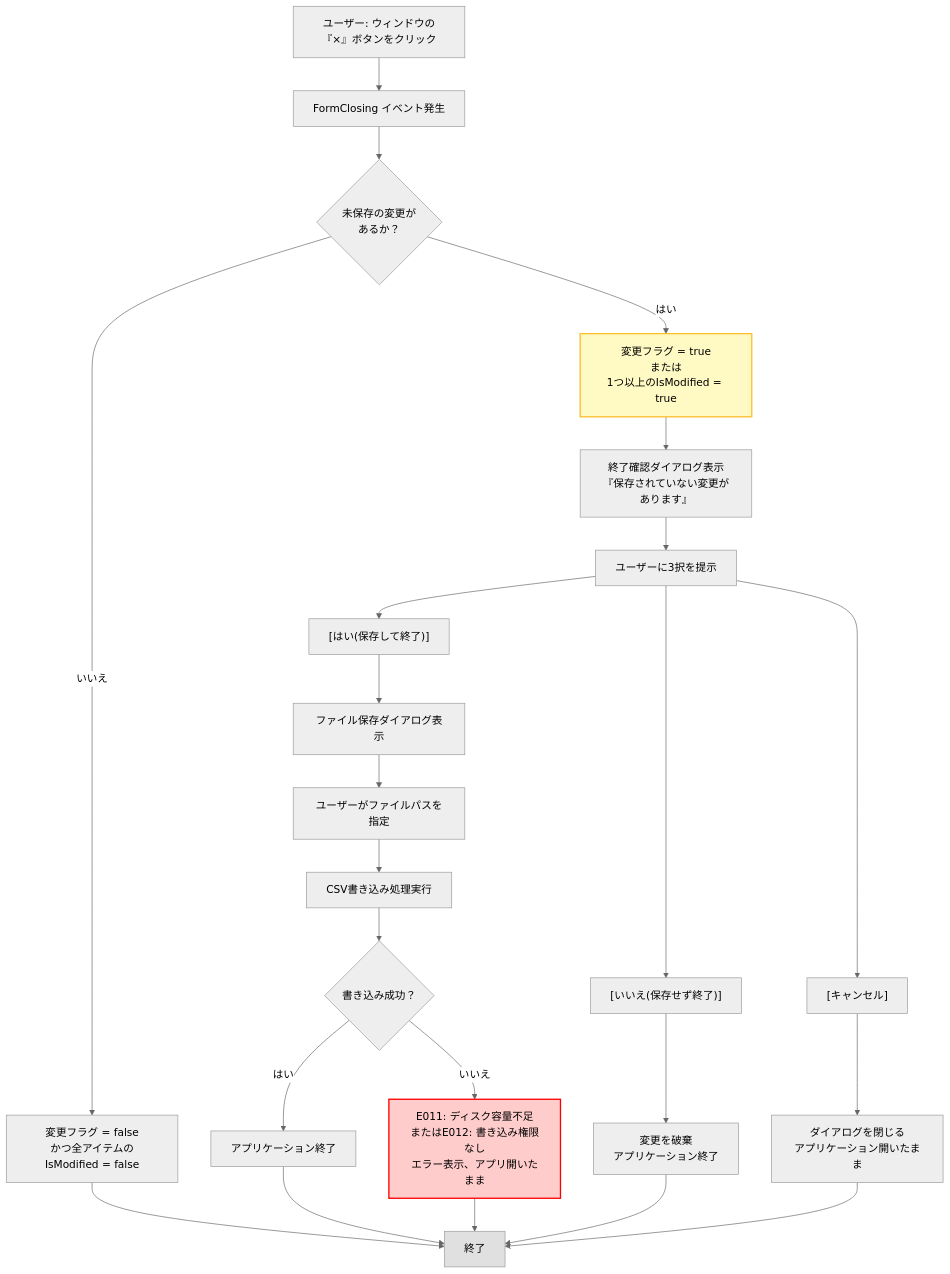
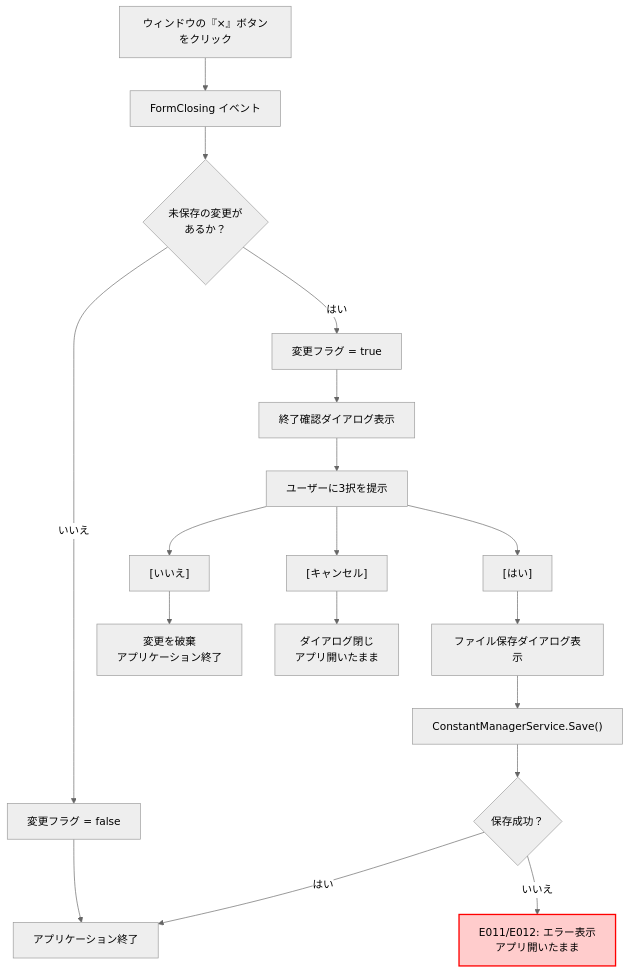
One commit to r-kuriki/handson-practice-2026-4-3days changed the third of 6 diagrams in docs/specifications/internal_spec.md. Above: the diagram before and after it, drawn with Mermaid (neutral theme). The commit also changed other lines of this file and 14 other files, not shown here.

````diff
--- a/docs/specifications/internal_spec.md
+++ b/docs/specifications/internal_spec.md
@@ -288,45 +394,37 @@
 ```mermaid
 flowchart TD
-    A["ユーザー: ウィンドウの『×』ボタンをクリック"]
-    B["FormClosing イベント発生"]
+    A["ウィンドウの『×』ボタンをクリック"]
+    B["FormClosing イベント"]
     C{"未保存の変更が<br/>あるか？"}
-    C_NO["変更フラグ = false<br/>かつ全アイテムのIsModified = false"]
-    C_YES["変更フラグ = true<br/>または<br/>1つ以上のIsModified = true"]
-    D["終了確認ダイアログ表示<br/>『保存されていない変更があります』"]
+    C_NO["変更フラグ = false"]
+    C_YES["変更フラグ = true"]
+    D["終了確認ダイアログ表示"]
     E["ユーザーに3択を提示"]
-    E1["[はい(保存して終了)]"]
-    E2["[いいえ(保存せず終了)]"]
-    E3["[キャンセル]"]
-    F["ファイル保存ダイアログ表示"]
-    G["ユーザーがファイルパスを指定"]
-    H["CSV書き込み処理実行"]
-    H1{"書き込み成功？"}
-    H1_YES["アプリケーション終了"]
-    H1_NO["E011: ディスク容量不足<br/>またはE012: 書き込み権限なし<br/>エラー表示、アプリ開いたまま"]
-    I["変更を破棄<br/>アプリケーション終了"]
-    J["ダイアログを閉じる<br/>アプリケーション開いたまま"]
-    K["終了"]
+    F["[はい]"]
+    G["[いいえ]"]
+    H["[キャンセル]"]
+    I["ファイル保存ダイアログ表示"]
+    J["ConstantManagerService.Save()"]
+    K{"保存成功？"}
+    K_YES["アプリケーション終了"]
+    K_NO["E011/E012: エラー表示<br/>アプリ開いたまま"]
+    L["変更を破棄<br/>アプリケーション終了"]
+    M["ダイアログ閉じ<br/>アプリ開いたまま"]
     
     A --> B
     B --> C
-    C -->|いいえ| C_NO
-    C_NO --> K
+    C -->|いいえ| C_NO --> K_YES
     C -->|はい| C_YES
     C_YES --> D
     D --> E
-    E --> E1
-    E --> E2
-    E --> E3
-    E1 --> F
-    F --> G
-    G --> H
-    H --> H1
-    H1 -->|はい| H1_YES --> K
-    H1 -->|いいえ| H1_NO --> K
-    E2 --> I --> K
-    E3 --> J --> K
+    E --> F & G & H
+    F --> I
+    I --> J
+    J --> K
+    K -->|はい| K_YES
+    K -->|いいえ| K_NO
+    G --> L
+    H --> M
     
-    style C_YES fill:#fff9c4,color:#000000,stroke:#fbc02d,stroke-width:2px
-    style H1_NO fill:#ffcccc,color:#000000,stroke:#ff0000,stroke-width:2px
-    style K fill:#e0e0e0,color:#000000,stroke:#999999,stroke-width:1px
+    style K_NO fill:#ffcccc,color:#000000,stroke:#ff0000,stroke-width:2px
 ```
````
